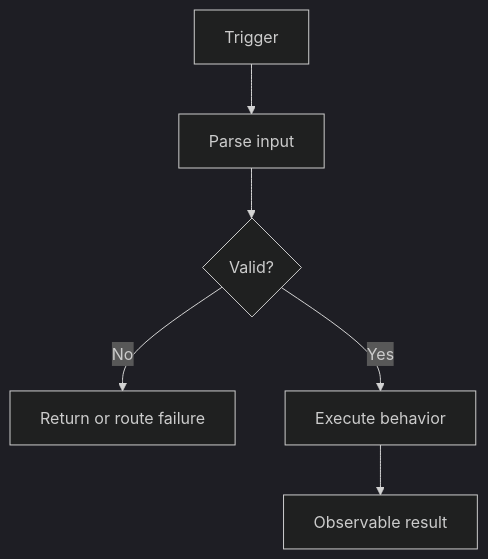
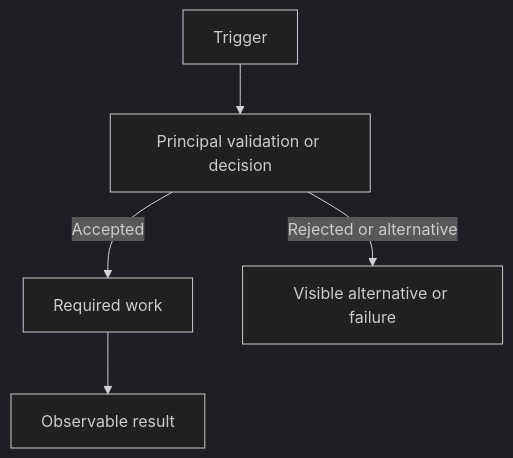
The diagram in eapi-behavior-reconstruction/assets/behavior-document-template.md (Buddy119/my-skills), drawn with Mermaid (dark theme) before and after one commit. The commit also changed other lines of this file and 32 other files, not shown here.

Commit message:
optimize syntesis flow part7 for eapi skill

````diff
--- a/eapi-behavior-reconstruction/assets/behavior-document-template.md
+++ b/eapi-behavior-reconstruction/assets/behavior-document-template.md
@@ -71,8 +65,7 @@
 ```mermaid
 flowchart TD
-    A[Trigger] --> B[Parse input]
-    B --> C{Valid?}
-    C -- No --> D[Return or route failure]
-    C -- Yes --> E[Execute behavior]
-    E --> F[Observable result]
+    A[Trigger] --> B[Principal validation or decision]
+    B -->|Accepted| C[Required work]
+    C --> D[Observable result]
+    B -->|Rejected or alternative| E[Visible alternative or failure]
 ```
````
